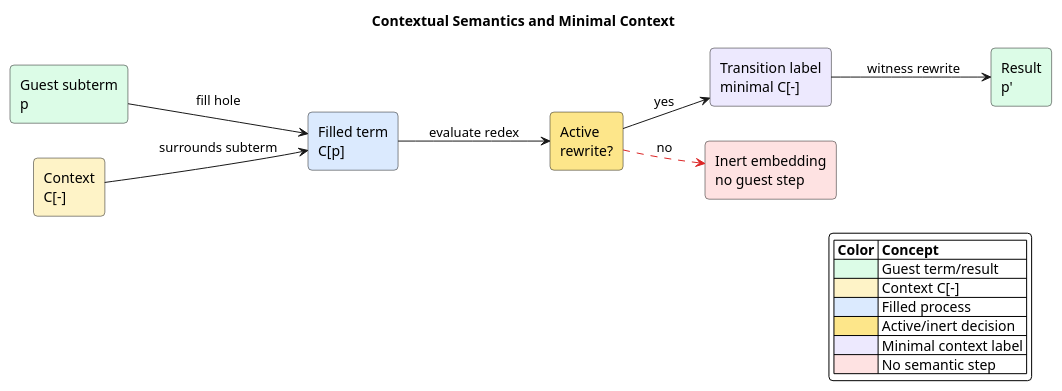
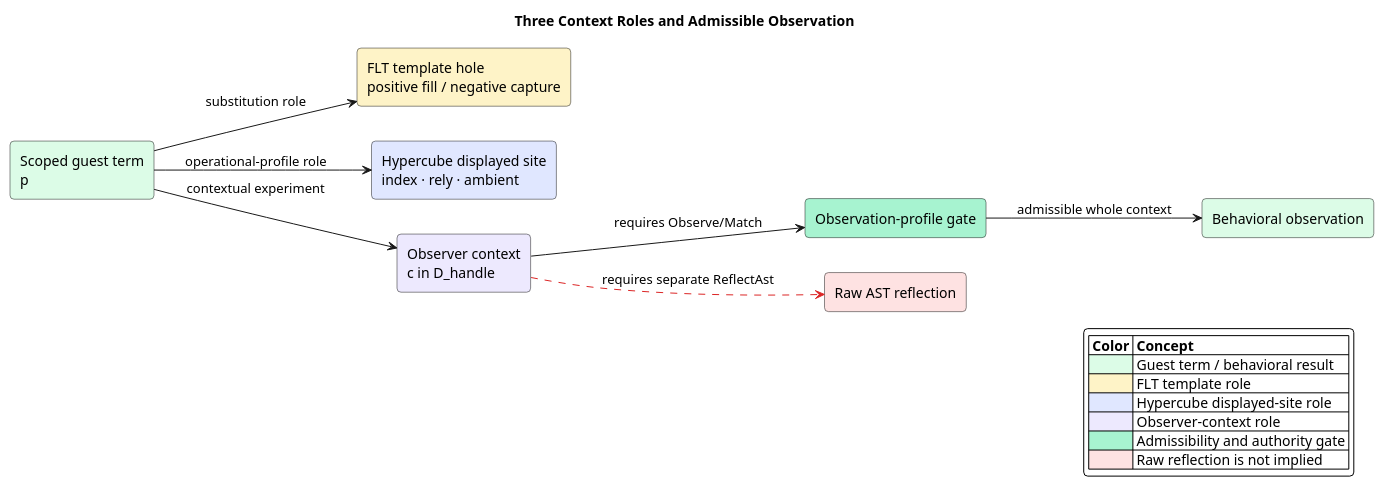
The diagram in under-review/2026-06-26-Foreign-Language-Terms/diagrams/09-contextual-semantics.puml (F1R3FLY-io/FIPS), drawn with PlantUML before and after one commit. The commit also changed 12 other files, not shown here.

```diff
--- a/under-review/2026-06-26-Foreign-Language-Terms/diagrams/09-contextual-semantics.puml
+++ b/under-review/2026-06-26-Foreign-Language-Terms/diagrams/09-contextual-semantics.puml
@@ -1,33 +1,33 @@
 @startuml
-title Contextual Semantics and Minimal Context
+title Three Context Roles and Admissible Observation
 left to right direction
 skinparam backgroundColor #FFFFFF
 skinparam shadowing false
 skinparam roundcorner 8
 skinparam defaultFontName SansSerif
 
-rectangle "Guest subterm\np" as P #DCFCE7
-rectangle "Context\nC[-]" as C #FEF3C7
-rectangle "Filled term\nC[p]" as CP #DBEAFE
-rectangle "Active\nrewrite?" as Active #FDE68A
-rectangle "Transition label\nminimal C[-]" as Label #EDE9FE
-rectangle "Result\np'" as Result #DCFCE7
-rectangle "Inert embedding\nno guest step" as Inert #FEE2E2
+rectangle "Scoped guest term\np" as P #DCFCE7
+rectangle "FLT template hole\npositive fill / negative capture" as Template #FEF3C7
+rectangle "Hypercube displayed site\nindex · rely · ambient" as Site #E0E7FF
+rectangle "Observer context\nc in D_handle" as Observer #EDE9FE
+rectangle "Observation-profile gate" as Gate #A7F3D0
+rectangle "Behavioral observation" as Result #DCFCE7
+rectangle "Raw AST reflection" as Reflect #FEE2E2
 
-P --> CP : fill hole
-C --> CP : surrounds subterm
-CP --> Active : evaluate redex
-Active --> Label : yes
-Label --> Result : witness rewrite
-Active -[#DC2626,dashed]-> Inert : no
+P --> Template : substitution role
+P --> Site : operational-profile role
+P --> Observer : contextual experiment
+Observer --> Gate : requires Observe/Match
+Gate --> Result : admissible whole context
+Observer -[#DC2626,dashed]-> Reflect : requires separate ReflectAst
 
 legend right
   |= Color |= Concept |
-  |<#DCFCE7> | Guest term/result |
-  |<#FEF3C7> | Context C[-] |
-  |<#DBEAFE> | Filled process |
-  |<#FDE68A> | Active/inert decision |
-  |<#EDE9FE> | Minimal context label |
-  |<#FEE2E2> | No semantic step |
+  |<#DCFCE7> | Guest term / behavioral result |
+  |<#FEF3C7> | FLT template role |
+  |<#E0E7FF> | Hypercube displayed-site role |
+  |<#EDE9FE> | Observer-context role |
+  |<#A7F3D0> | Admissibility and authority gate |
+  |<#FEE2E2> | Raw reflection is not implied |
 endlegend
 @enduml
```
